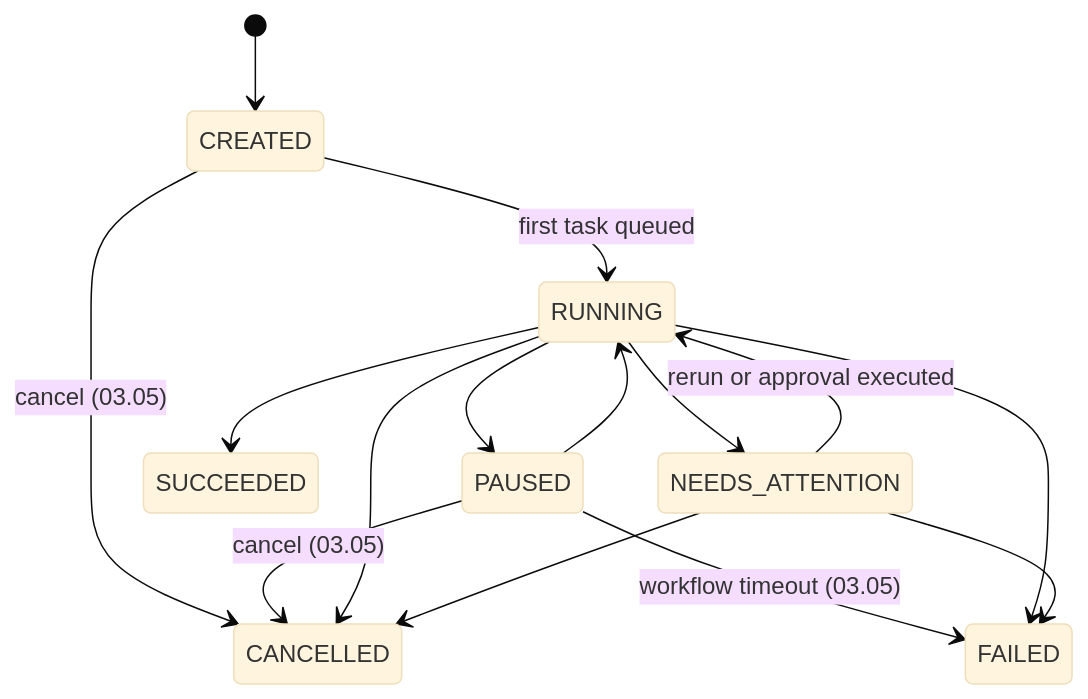
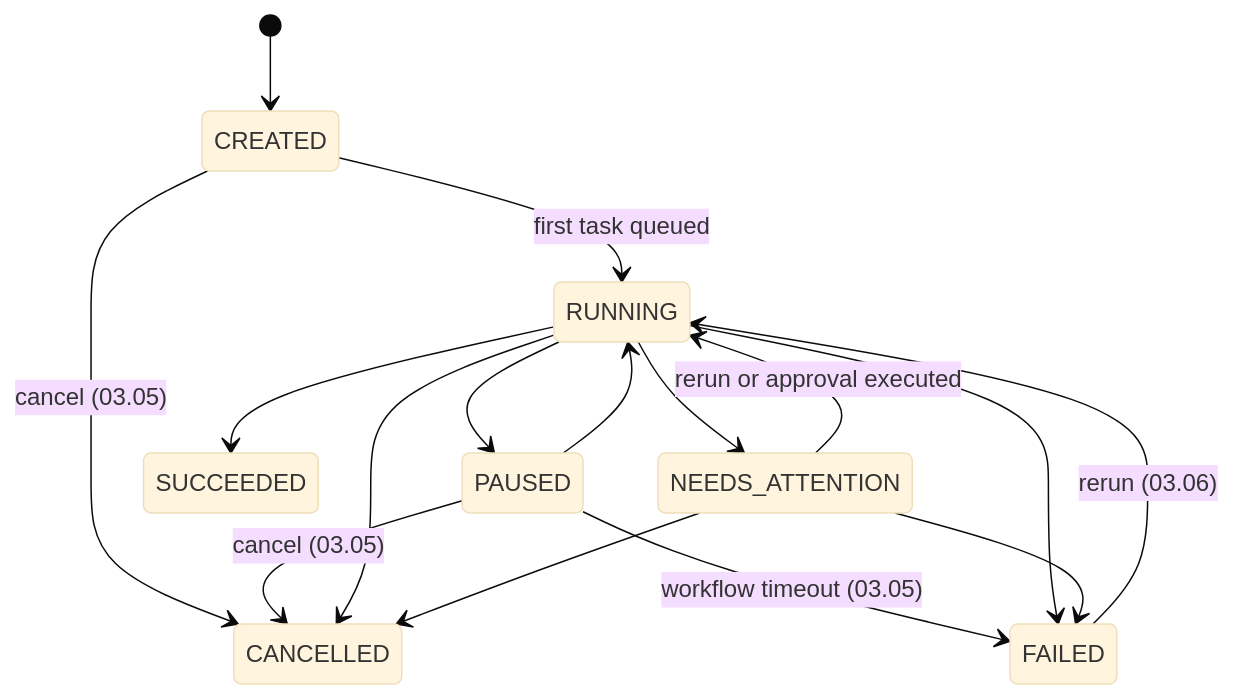
The third of 3 diagrams in docs/architecture/workflow-semantics.md (daishakpatel/FlowForge), drawn with Mermaid (base theme) before and after one commit. The commit also changed other lines of this file and 8 other files, not shown here.

First line of the commit message:
docs(03.06): templating and rerun architecture, 00A amendment, report and index tick

````diff
--- a/docs/architecture/workflow-semantics.md
+++ b/docs/architecture/workflow-semantics.md
@@ -99,17 +100,18 @@
 ```mermaid
 stateDiagram-v2
   [*] --> CREATED
   CREATED --> RUNNING: first task queued
   RUNNING --> PAUSED
   PAUSED --> RUNNING
   CREATED --> CANCELLED: cancel (03.05)
   PAUSED --> CANCELLED: cancel (03.05)
   PAUSED --> FAILED: workflow timeout (03.05)
   RUNNING --> SUCCEEDED
   RUNNING --> FAILED
   RUNNING --> CANCELLED
   RUNNING --> NEEDS_ATTENTION
   NEEDS_ATTENTION --> RUNNING: rerun or approval executed
   NEEDS_ATTENTION --> FAILED
   NEEDS_ATTENTION --> CANCELLED
+  FAILED --> RUNNING: rerun (03.06)
 ```
````
